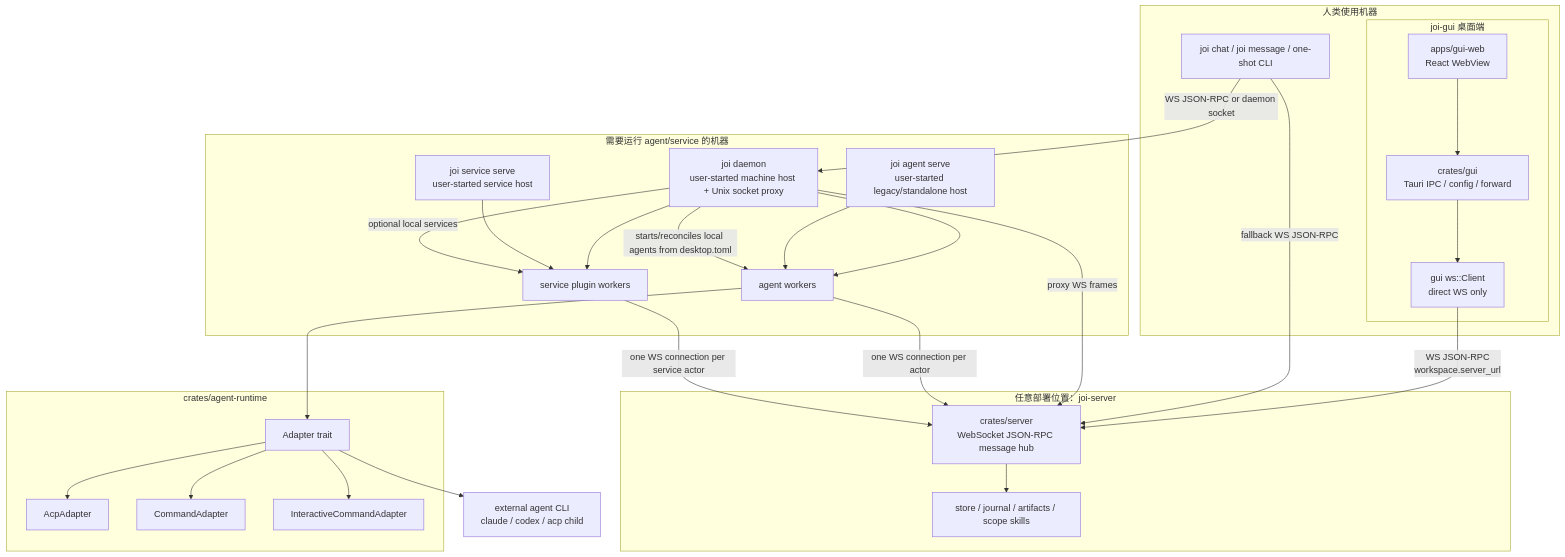
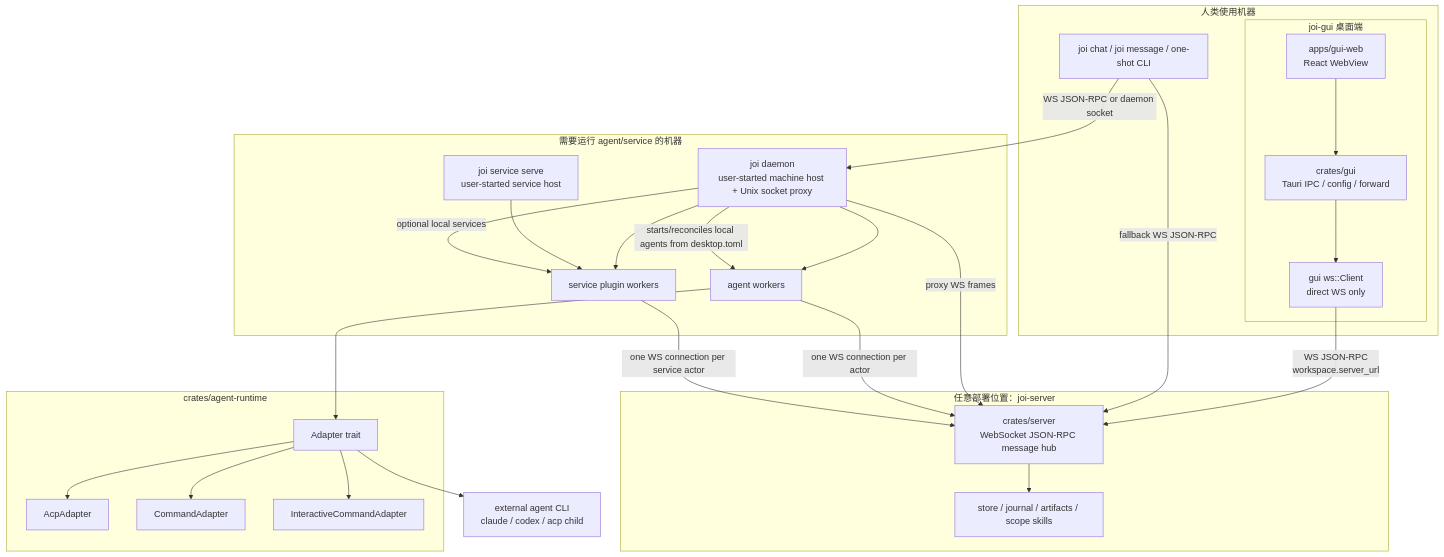
Before and after one commit to wyw-ai/loom: the diagram in docs/architecture.md, drawn with Mermaid. The commit also changed other lines of this file and 39 other files, not shown here.

````diff
--- a/docs/architecture.md
+++ b/docs/architecture.md
@@ -13,56 +13,54 @@
 ```mermaid
 flowchart TD
     subgraph ServerHost["任意部署位置：joi-server"]
         Server["crates/server<br/>WebSocket JSON-RPC message hub"]
         Store["store / journal / artifacts / scope skills"]
         Server --> Store
     end
 
     subgraph HumanMachine["人类使用机器"]
         subgraph Gui["joi-gui 桌面端"]
             Web["apps/gui-web<br/>React WebView"]
             Tauri["crates/gui<br/>Tauri IPC / config / forward"]
             GuiClient["gui ws::Client<br/>direct WS only"]
             Web --> Tauri
             Tauri --> GuiClient
         end
 
         Chat["joi chat / joi message / one-shot CLI"]
     end
 
     subgraph MachineHost["需要运行 agent/service 的机器"]
         Daemon["joi daemon<br/>user-started machine host + Unix socket proxy"]
-        AgentServe["joi agent serve<br/>user-started legacy/standalone host"]
         ServiceServe["joi service serve<br/>user-started service host"]
         AgentWorker["agent workers"]
         ServiceHost["service plugin workers"]
         Daemon --> AgentWorker
         Daemon --> ServiceHost
-        AgentServe --> AgentWorker
         ServiceServe --> ServiceHost
     end
 
     subgraph AgentRuntime["crates/agent-runtime"]
         Adapter["Adapter trait"]
         Acp["AcpAdapter"]
         Command["CommandAdapter"]
         Interactive["InteractiveCommandAdapter"]
         Adapter --> Acp
         Adapter --> Command
         Adapter --> Interactive
     end
 
     Provider["external agent CLI<br/>claude / codex / acp child"]
 
     GuiClient -- "WS JSON-RPC<br/>workspace.server_url" --> Server
     Chat -- "WS JSON-RPC or daemon socket" --> Daemon
     Chat -- "fallback WS JSON-RPC" --> Server
 
     Daemon -- "proxy WS frames" --> Server
     Daemon -- "starts/reconciles local agents from desktop.toml" --> AgentWorker
     Daemon -- "optional local services" --> ServiceHost
     AgentWorker -- "one WS connection per actor" --> Server
     ServiceHost -- "one WS connection per service actor" --> Server
     AgentWorker --> Adapter
     Adapter --> Provider
 ```
````
